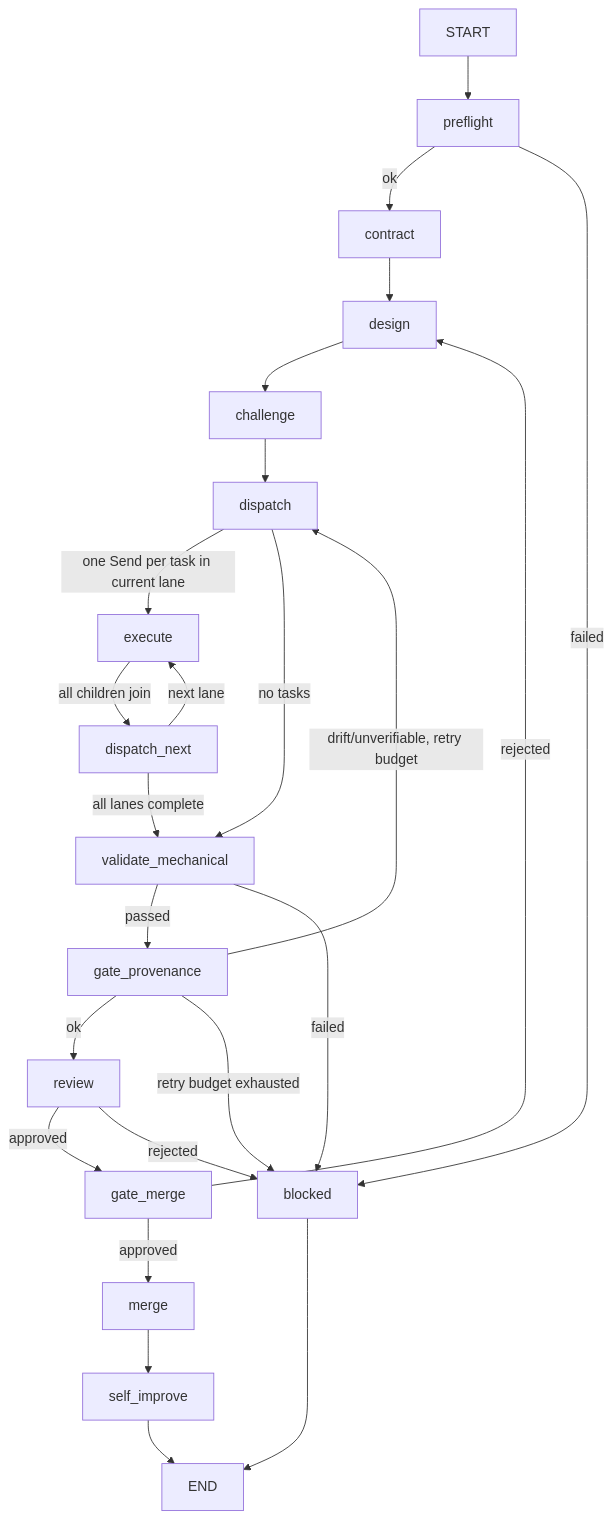
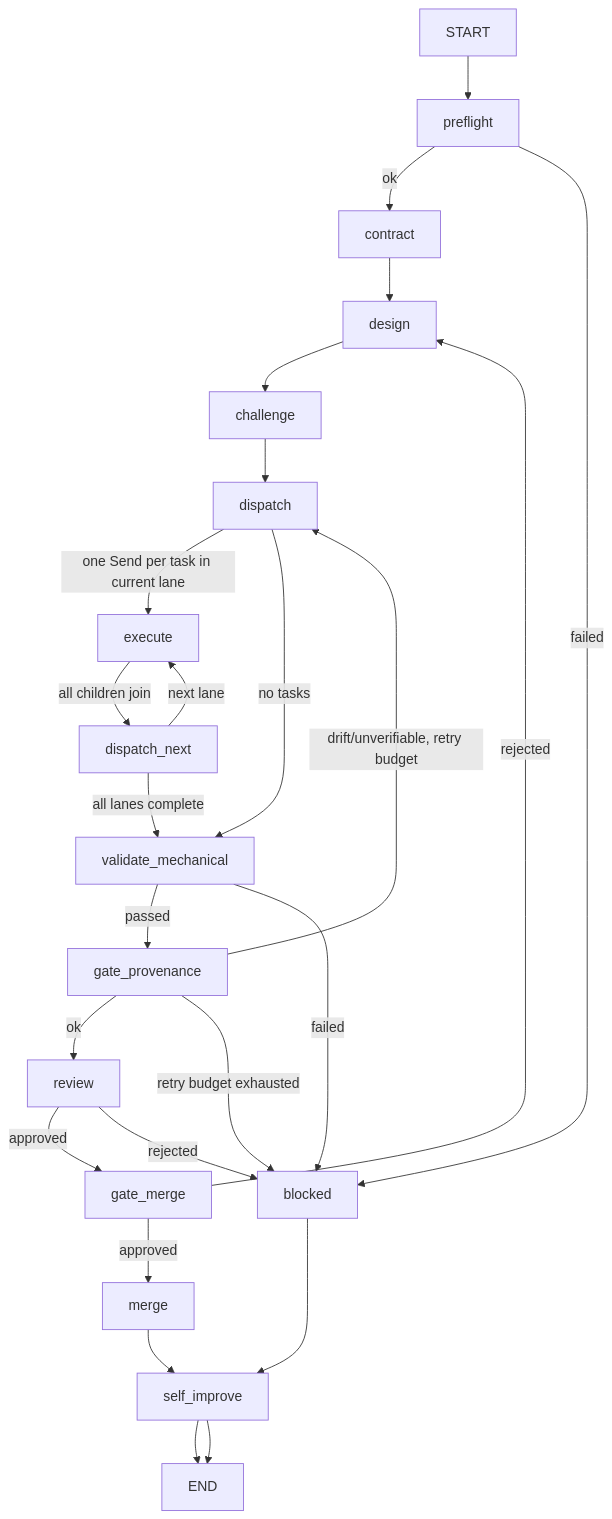
The diagram in references/langgraph-pipeline.md (lac5q/beastmode), drawn with Mermaid before and after one commit. The commit also changed other lines of this file and 34 other files, not shown here.

````diff
--- a/references/langgraph-pipeline.md
+++ b/references/langgraph-pipeline.md
@@ -7,21 +7,21 @@
 ```mermaid
 flowchart TD
     START --> preflight
     preflight -->|ok| contract --> design --> challenge --> dispatch
     preflight -->|failed| blocked
     dispatch -->|one Send per task in current lane| execute
     dispatch -->|no tasks| validate_mechanical
     execute -->|all children join| dispatch_next
     dispatch_next -->|next lane| execute
     dispatch_next -->|all lanes complete| validate_mechanical
     validate_mechanical -->|passed| gate_provenance
     validate_mechanical -->|failed| blocked
     gate_provenance -->|ok| review
     gate_provenance -->|drift/unverifiable, retry budget| dispatch
     gate_provenance -->|retry budget exhausted| blocked
     review -->|approved| gate_merge
     review -->|rejected| blocked
     gate_merge -->|approved| merge --> self_improve --> END
     gate_merge -->|rejected| design
-    blocked --> END
+    blocked --> self_improve --> END
 ```
````
